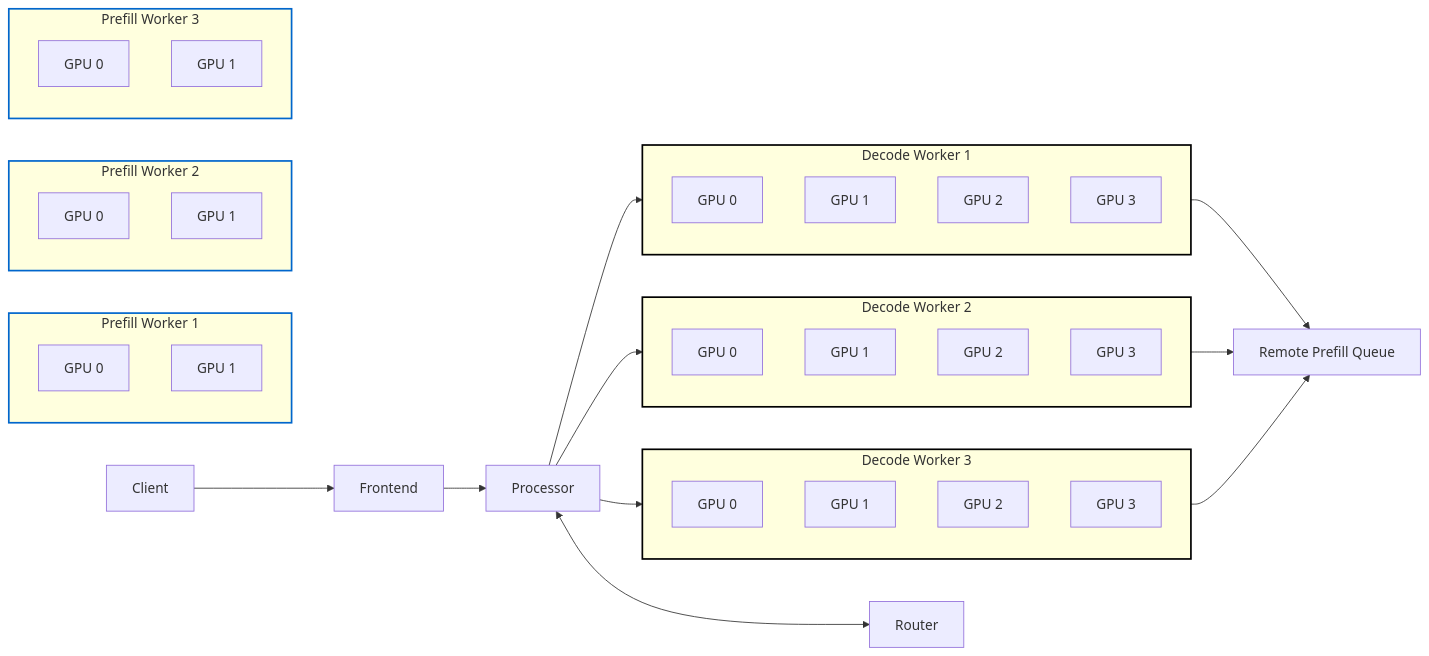
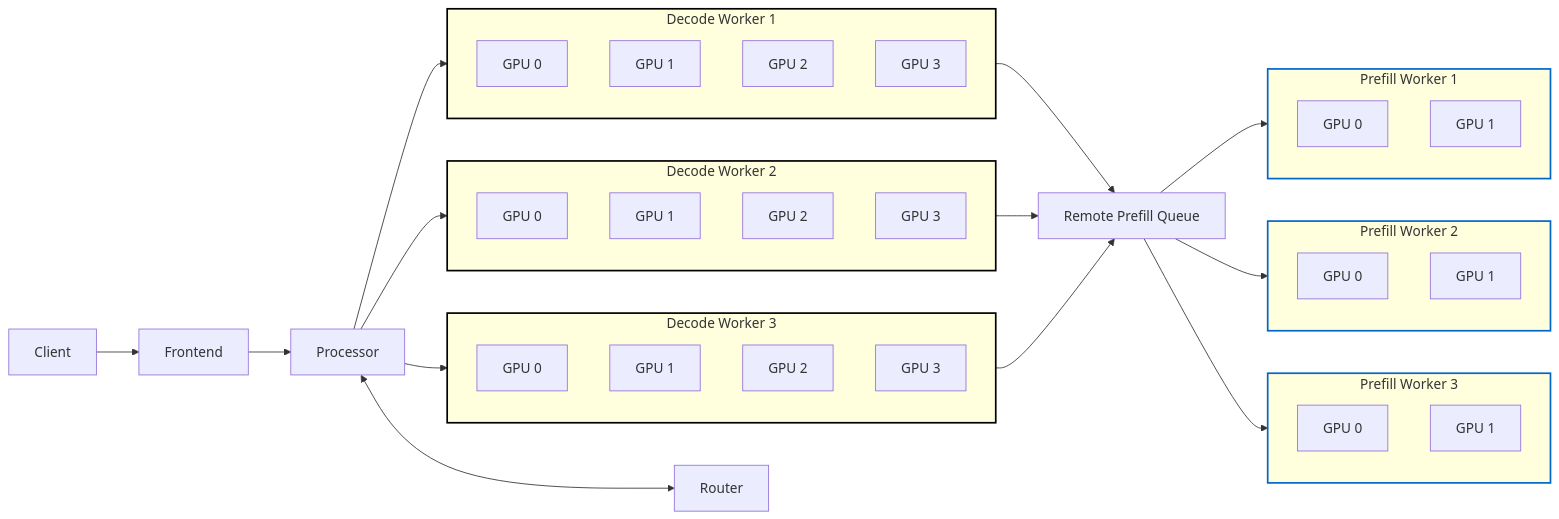
One commit to ai-dynamo/enhancements changed the diagram in deps/NNNN-fault-tolerance.md. Above: the diagram before and after it, drawn with Mermaid.

Commit message:
incremental updates

````diff
--- a/deps/NNNN-fault-tolerance.md
+++ b/deps/NNNN-fault-tolerance.md
@@ -237,78 +237,83 @@
 ```mermaid
 graph LR
     Client["Client"]
     Frontend["Frontend"]
     Router["Router"]
 	Processor["Processor"]
 	PrefillQueue["Remote Prefill Queue"]
 
 
     Client --> Frontend
 	Frontend --> Processor
 	Processor <--> Router
 	
 	
     %% Multiple Prefill Workers (each with 2 GPUs)
    
 
     subgraph Prefill1["Prefill Worker 1"]
         direction TB
         P1GPU0["GPU 0"]
         P1GPU1["GPU 1"]
     end
     subgraph Prefill2["Prefill Worker 2"]
         direction TB
         P2GPU0["GPU 0"]
         P2GPU1["GPU 1"]
     end
     subgraph Prefill3["Prefill Worker 3"]
         direction TB
         P3GPU0["GPU 0"]
         P3GPU1["GPU 1"]
     end
 
     %% Multiple Decode Workers (each with 4 GPUs)
     Processor --> Decode1
     Processor --> Decode2
     Processor --> Decode3
 
     subgraph Decode1["Decode Worker 1"]
         direction TB
         D1GPU0["GPU 0"]
         D1GPU1["GPU 1"]
         D1GPU2["GPU 2"]
         D1GPU3["GPU 3"]
     end
     subgraph Decode2["Decode Worker 2"]
         direction TB
         D2GPU0["GPU 0"]
         D2GPU1["GPU 1"]
         D2GPU2["GPU 2"]
         D2GPU3["GPU 3"]
     end
     subgraph Decode3["Decode Worker 3"]
         direction TB
         D3GPU0["GPU 0"]
         D3GPU1["GPU 1"]
         D3GPU2["GPU 2"]
         D3GPU3["GPU 3"]
     end
 
 	Decode1 --> PrefillQueue
     Decode2 --> PrefillQueue
     Decode3 --> PrefillQueue
+	
+	PrefillQueue --> Prefill1
+    PrefillQueue --> Prefill2
+    PrefillQueue --> Prefill3	
+	
 
     %% Prefill and Decode workers can communicate (dashed lines)
     %% Prefill1 -.-> Decode1
     %% Prefill2 -.-> Decode2
     %% Prefill3 -.-> Decode3
 
     %% Optional: Style blocks for emphasis
     style Prefill1 stroke:#0066cc,stroke-width:2px
     style Prefill2 stroke:#0066cc,stroke-width:2px
     style Prefill3 stroke:#0066cc,stroke-width:2px
     style Decode1 stroke:#000,stroke-width:2px
     style Decode2 stroke:#000,stroke-width:2px
     style Decode3 stroke:#000,stroke-width:2px
 
 ```
````
